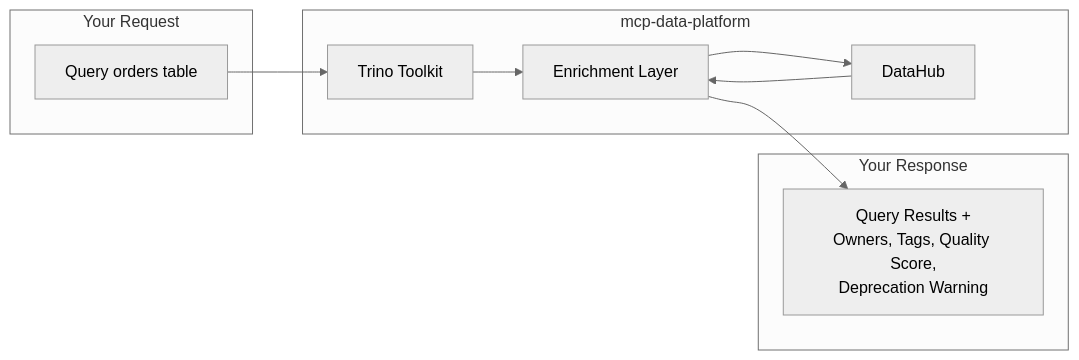
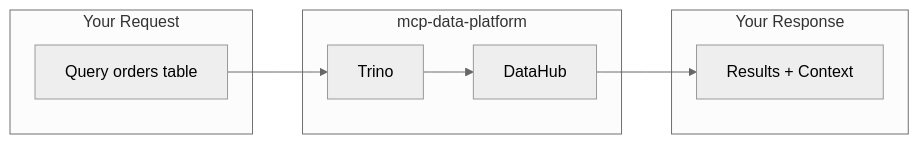
The diagram in docs/index.md (txn2/mcp-data-platform), drawn with Mermaid (neutral theme) before and after one commit. The commit also changed other lines of this file, not shown here.

````diff
--- a/docs/index.md
+++ b/docs/index.md
@@ -98,22 +107,19 @@
 ```mermaid
 graph LR
     subgraph "Your Request"
         Q[Query orders table]
     end
 
     subgraph "mcp-data-platform"
-        T[Trino Toolkit]
-        E[Enrichment Layer]
+        T[Trino]
         D[DataHub]
     end
 
     subgraph "Your Response"
-        R[Query Results +<br/>Owners, Tags, Quality Score,<br/>Deprecation Warning]
+        R[Results + Context]
     end
 
     Q --> T
-    T --> E
-    E --> D
-    D --> E
-    E --> R
+    T --> D
+    D --> R
 ```
````
